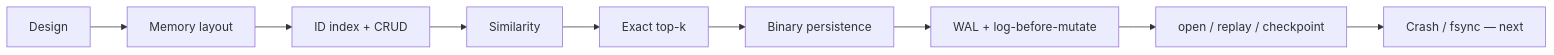
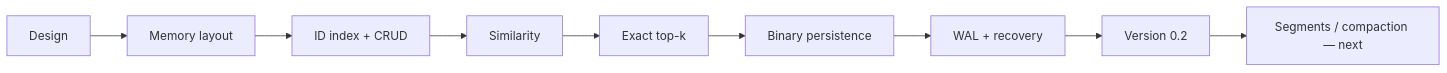
Before and after one commit to Kumario1/vectorDB: the first of 5 diagrams in README.md, drawn with Mermaid. The commit also changed other lines of this file and 1 other file, not shown here.

First line of the commit message:
docs: mark Milestone 6 / Version 0.2 complete

````diff
--- a/README.md
+++ b/README.md
@@ -11,11 +11,11 @@
 ```mermaid
 flowchart LR
   D[Design] --> L[Memory layout]
   L --> I[ID index + CRUD]
   I --> S[Similarity]
   S --> K[Exact top-k]
   K --> P[Binary persistence]
-  P --> W[WAL + log-before-mutate]
-  W --> R[open / replay / checkpoint]
-  R --> C[Crash / fsync — next]
+  P --> W[WAL + recovery]
+  W --> V02[Version 0.2]
+  V02 --> Seg[Segments / compaction — next]
 ```
````
